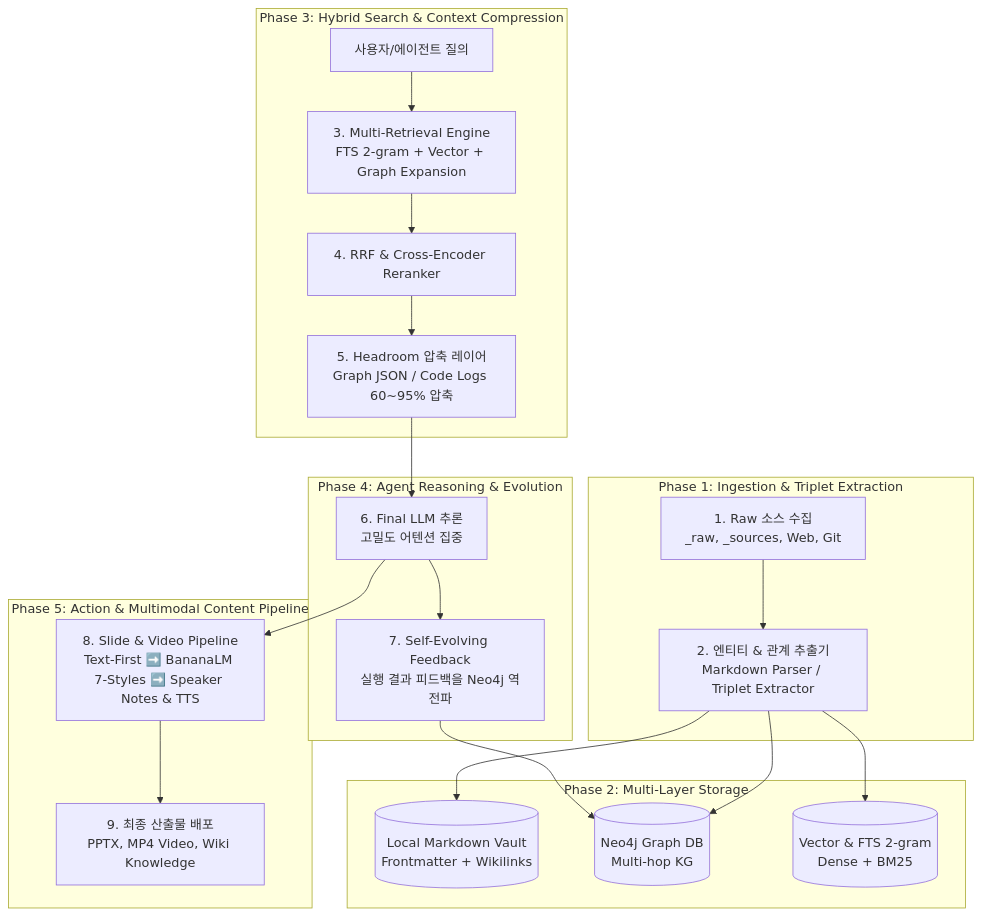
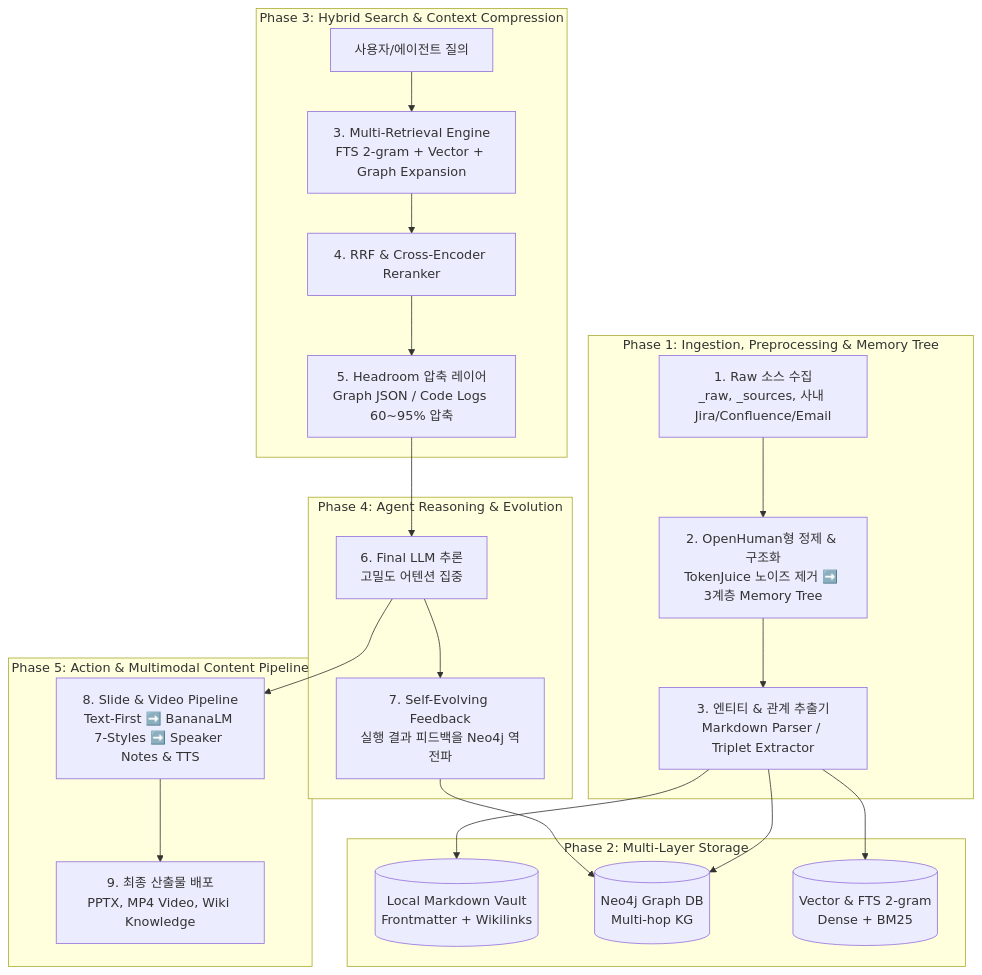
The diagram in concepts/2nd-brain-system-design-blueprint.md (KIHOKIL/MyWiki), drawn with Mermaid before and after one commit. The commit also changed other lines of this file and 24 other files, not shown here.

````diff
--- a/concepts/2nd-brain-system-design-blueprint.md
+++ b/concepts/2nd-brain-system-design-blueprint.md
@@ -25,29 +26,30 @@
 ```mermaid
 flowchart TD
-    subgraph Phase1 [Phase 1: Ingestion & Triplet Extraction]
-        Raw[1. Raw 소스 수집<br>_raw, _sources, Web, Git] --> Parser[2. 엔티티 & 관계 추출기<br>Markdown Parser / Triplet Extractor]
+    subgraph Phase1 [Phase 1: Ingestion, Preprocessing & Memory Tree]
+        Raw[1. Raw 소스 수집<br>_raw, _sources, 사내 Jira/Confluence/Email] --> Preprocess[2. OpenHuman형 정제 & 구조화<br>TokenJuice 노이즈 제거 ➡️ 3계층 Memory Tree]
+        Preprocess --> Parser[3. 엔티티 & 관계 추출기<br>Markdown Parser / Triplet Extractor]
     end
 
     subgraph Phase2 [Phase 2: Multi-Layer Storage]
         Parser --> Vault[(Local Markdown Vault<br>Frontmatter + Wikilinks)]
         Parser --> Neo4j[(Neo4j Graph DB<br>Multi-hop KG)]
         Parser --> VectorDB[(Vector & FTS 2-gram<br>Dense + BM25)]
     end
 
     subgraph Phase3 [Phase 3: Hybrid Search & Context Compression]
         Query[사용자/에이전트 질의] --> SearchEngine[3. Multi-Retrieval Engine<br>FTS 2-gram + Vector + Graph Expansion]
         SearchEngine --> RRF[4. RRF & Cross-Encoder Reranker]
         RRF --> Headroom[5. Headroom 압축 레이어<br>Graph JSON / Code Logs 60~95% 압축]
     end
 
     subgraph Phase4 [Phase 4: Agent Reasoning & Evolution]
         Headroom --> LLM[6. Final LLM 추론<br>고밀도 어텐션 집중]
         LLM --> SelfEvolve[7. Self-Evolving Feedback<br>실행 결과 피드백을 Neo4j 역전파]
         SelfEvolve --> Neo4j
     end
 
     subgraph Phase5 [Phase 5: Action & Multimodal Content Pipeline]
         LLM --> SlideVideo[8. Slide & Video Pipeline<br>Text-First ➡️ BananaLM 7-Styles ➡️ Speaker Notes & TTS]
         SlideVideo --> FinalDeliverable[9. 최종 산출물 배포<br>PPTX, MP4 Video, Wiki Knowledge]
     end
 ```
````
